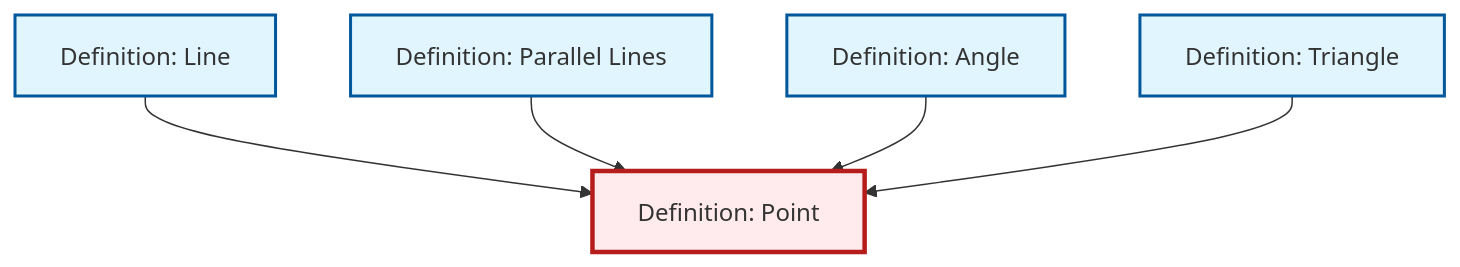
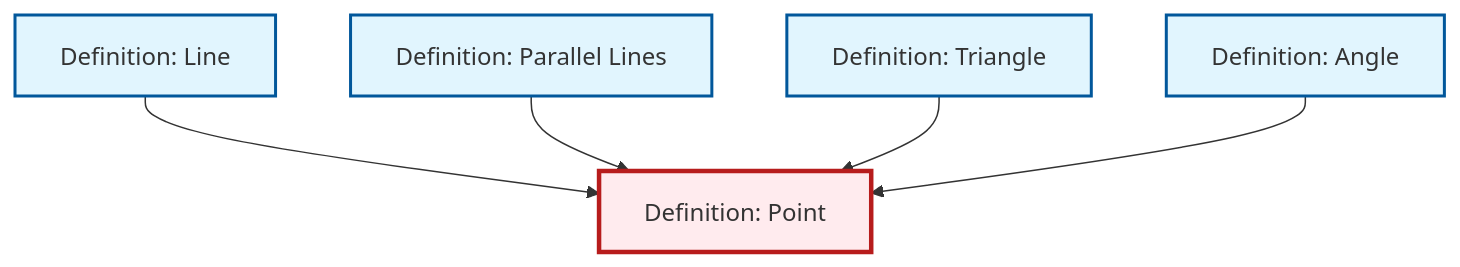
The diagram in content/en/geometry/def-point.qmd (RK0429/ModernMath), drawn with Mermaid before and after one commit. The commit also changed other lines of this file and 417 other files, not shown here.

````diff
--- a/content/en/geometry/def-point.qmd
+++ b/content/en/geometry/def-point.qmd
@@ -39,23 +39,23 @@
 ```{mermaid}
 %%| fig-cap: "Local dependency graph"
 graph TD
     classDef definition fill:#e1f5fe,stroke:#01579b,stroke-width:2px
     classDef theorem fill:#f3e5f5,stroke:#4a148c,stroke-width:2px
     classDef axiom fill:#fff3e0,stroke:#e65100,stroke-width:2px
     classDef example fill:#e8f5e9,stroke:#1b5e20,stroke-width:2px
     classDef current fill:#ffebee,stroke:#b71c1c,stroke-width:3px
     def-parallel["Definition: Parallel Lines"]:::definition
+    def-line["Definition: Line"]:::definition
+    def-triangle["Definition: Triangle"]:::definition
+    def-angle["Definition: Angle"]:::definition
     def-point["Definition: Point"]:::definition
-    def-triangle["Definition: Triangle"]:::definition
-    def-line["Definition: Line"]:::definition
-    def-angle["Definition: Angle"]:::definition
     def-line --> def-point
     def-parallel --> def-point
+    def-triangle --> def-point
     def-angle --> def-point
-    def-triangle --> def-point
     class def-point current
     click def-parallel "def-parallel.html" "Go to Parallel Lines definition"
+    click def-line "def-line.html" "Go to Line definition"
     click def-triangle "def-triangle.html" "Go to Triangle definition"
-    click def-line "def-line.html" "Go to Line definition"
     click def-angle "def-angle.html" "Go to Angle definition"
 ```
````
